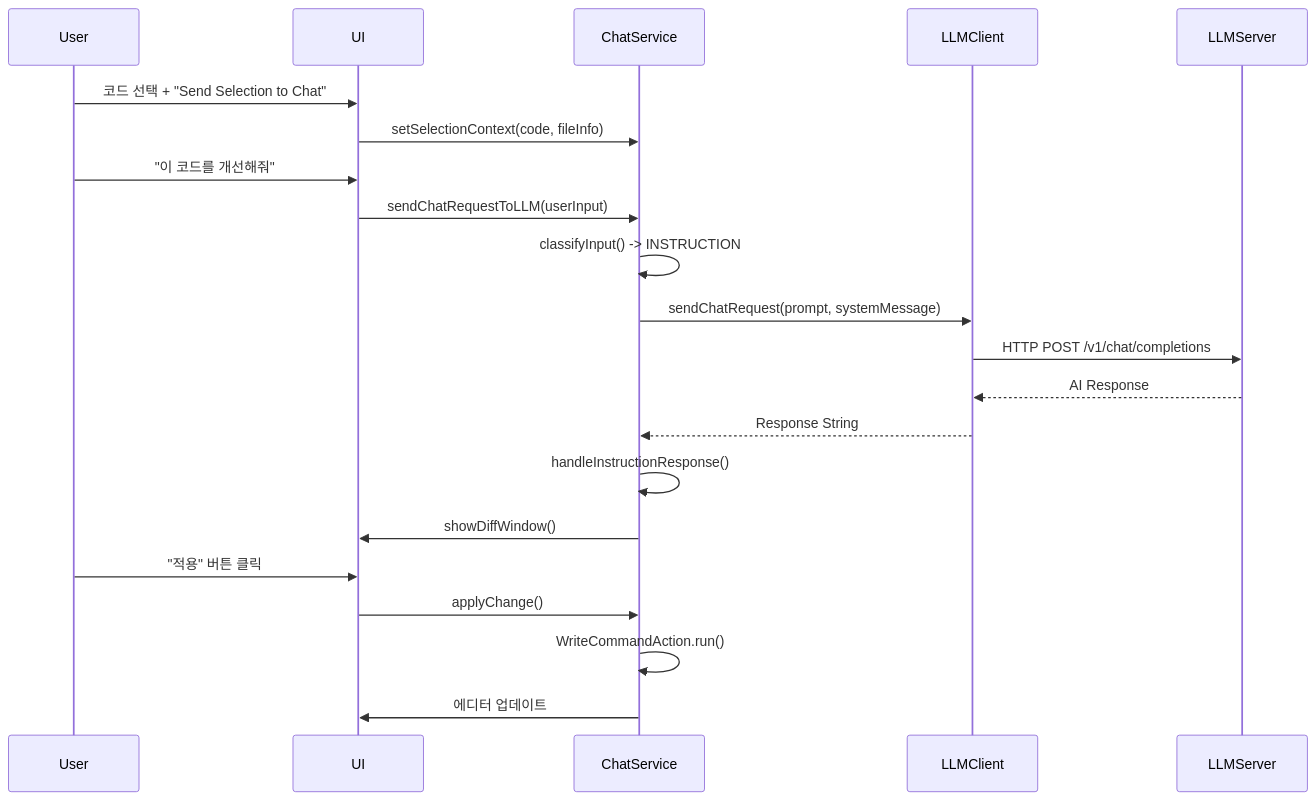
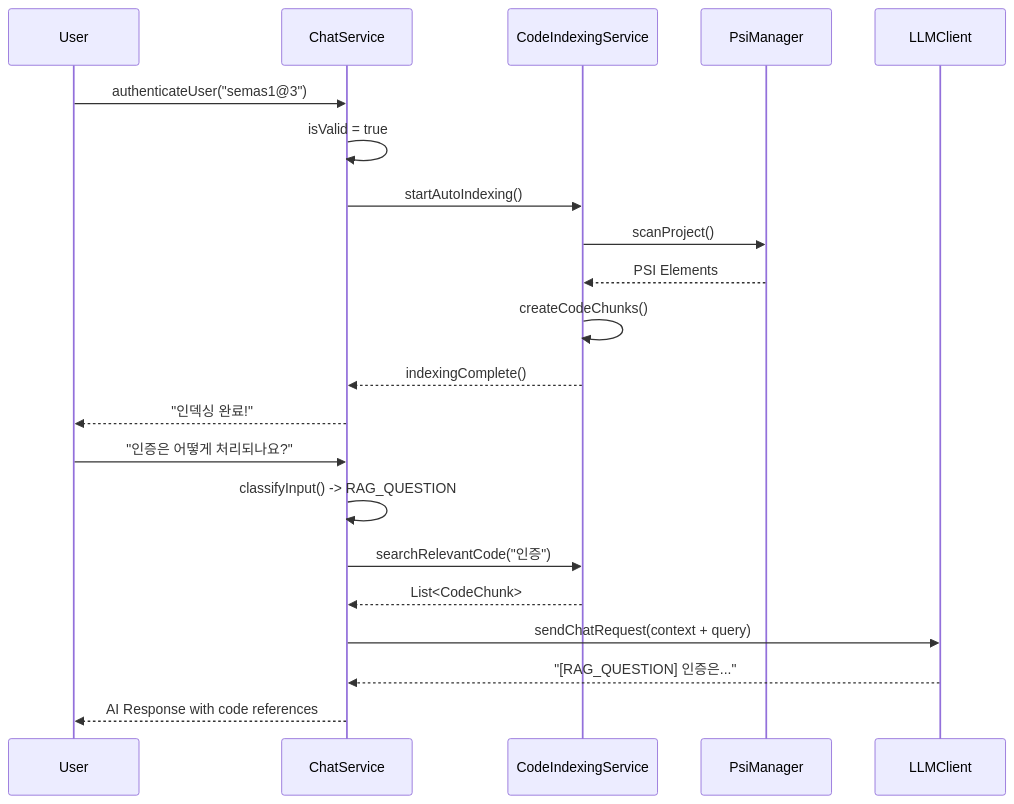
The diagram in README.md (devjeong/semasChatbot), drawn with Mermaid before and after one commit. The commit also changed other lines of this file and 10 other files, not shown here.

````diff
--- a/README.md
+++ b/README.md
@@ -434,24 +409,25 @@
 ```mermaid
 sequenceDiagram
     participant User
-    participant UI
     participant ChatService
+    participant CodeIndexingService
+    participant PsiManager
     participant LLMClient
-    participant LLMServer
     
-    User->>UI: 코드 선택 + "Send Selection to Chat"
-    UI->>ChatService: setSelectionContext(code, fileInfo)
-    User->>UI: "이 코드를 개선해줘"
-    UI->>ChatService: sendChatRequestToLLM(userInput)
-    ChatService->>ChatService: classifyInput() -> INSTRUCTION
-    ChatService->>LLMClient: sendChatRequest(prompt, systemMessage)
-    LLMClient->>LLMServer: HTTP POST /v1/chat/completions
-    LLMServer-->>LLMClient: AI Response
-    LLMClient-->>ChatService: Response String
-    ChatService->>ChatService: handleInstructionResponse()
-    ChatService->>UI: showDiffWindow()
-    User->>UI: "적용" 버튼 클릭
-    UI->>ChatService: applyChange()
-    ChatService->>ChatService: WriteCommandAction.run()
-    ChatService->>UI: 에디터 업데이트
+    User->>ChatService: authenticateUser("semas1@3")
+    ChatService->>ChatService: isValid = true
+    ChatService->>CodeIndexingService: startAutoIndexing()
+    CodeIndexingService->>PsiManager: scanProject()
+    PsiManager-->>CodeIndexingService: PSI Elements
+    CodeIndexingService->>CodeIndexingService: createCodeChunks()
+    CodeIndexingService-->>ChatService: indexingComplete()
+    ChatService-->>User: "인덱싱 완료!"
+    
+    User->>ChatService: "인증은 어떻게 처리되나요?"
+    ChatService->>ChatService: classifyInput() -> RAG_QUESTION
+    ChatService->>CodeIndexingService: searchRelevantCode("인증")
+    CodeIndexingService-->>ChatService: List<CodeChunk>
+    ChatService->>LLMClient: sendChatRequest(context + query)
+    LLMClient-->>ChatService: "[RAG_QUESTION] 인증은..."
+    ChatService-->>User: AI Response with code references
 ```
````
